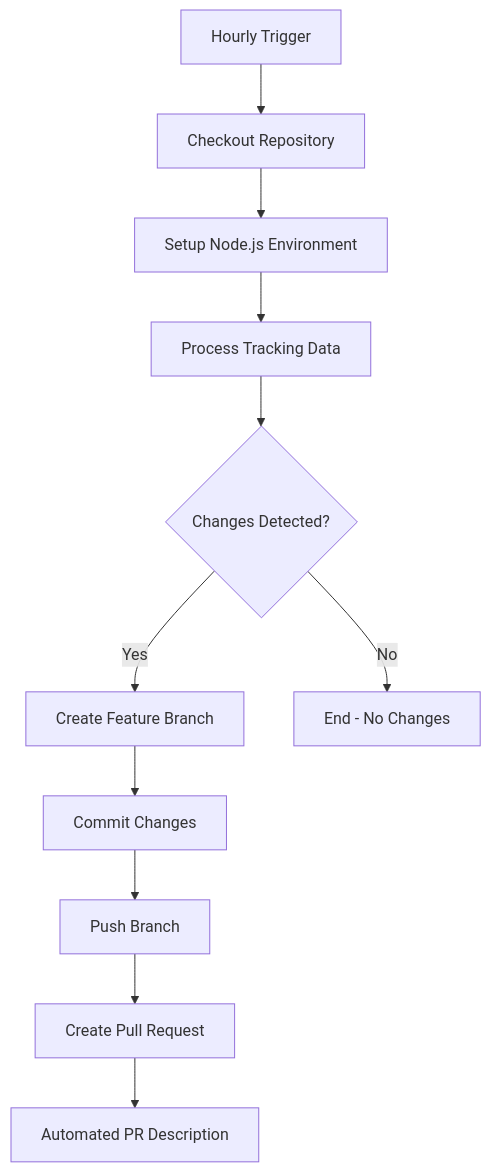
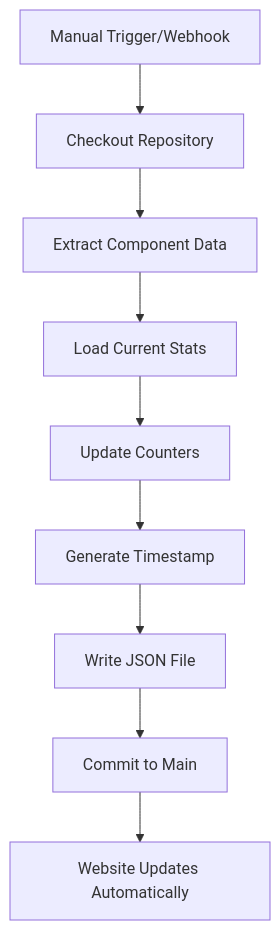
Before and after one commit to djimit/claude-code-templates: the fourth of 13 diagrams in TRACKING_SYSTEM.md, drawn with Mermaid. The commit also changed other lines of this file and 6 other files, not shown here.

````diff
--- a/TRACKING_SYSTEM.md
+++ b/TRACKING_SYSTEM.md
@@ -101,13 +103,11 @@
 ```mermaid
 graph TD
-    A[Hourly Trigger] --> B[Checkout Repository]
-    B --> C[Setup Node.js Environment]
-    C --> D[Process Tracking Data]
-    D --> E{Changes Detected?}
-    E --> |Yes| F[Create Feature Branch]
-    E --> |No| G[End - No Changes]
-    F --> H[Commit Changes]
-    H --> I[Push Branch]
-    I --> J[Create Pull Request]
-    J --> K[Automated PR Description]
+    A[Manual Trigger/Webhook] --> B[Checkout Repository]
+    B --> C[Extract Component Data]
+    C --> D[Load Current Stats]
+    D --> E[Update Counters]
+    E --> F[Generate Timestamp]
+    F --> G[Write JSON File]
+    G --> H[Commit to Main]
+    H --> I[Website Updates Automatically]
 ```
````
